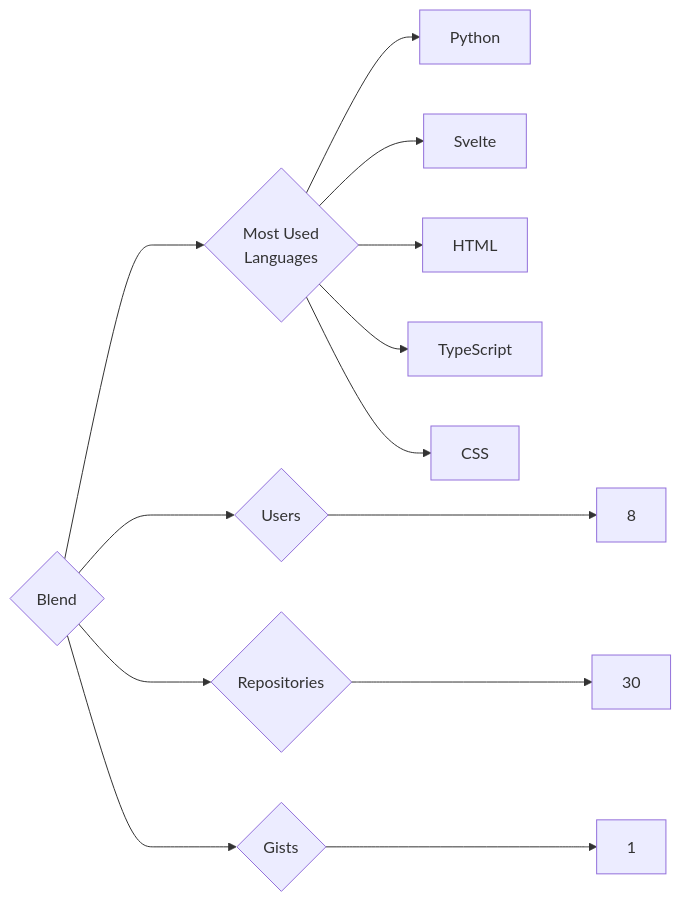
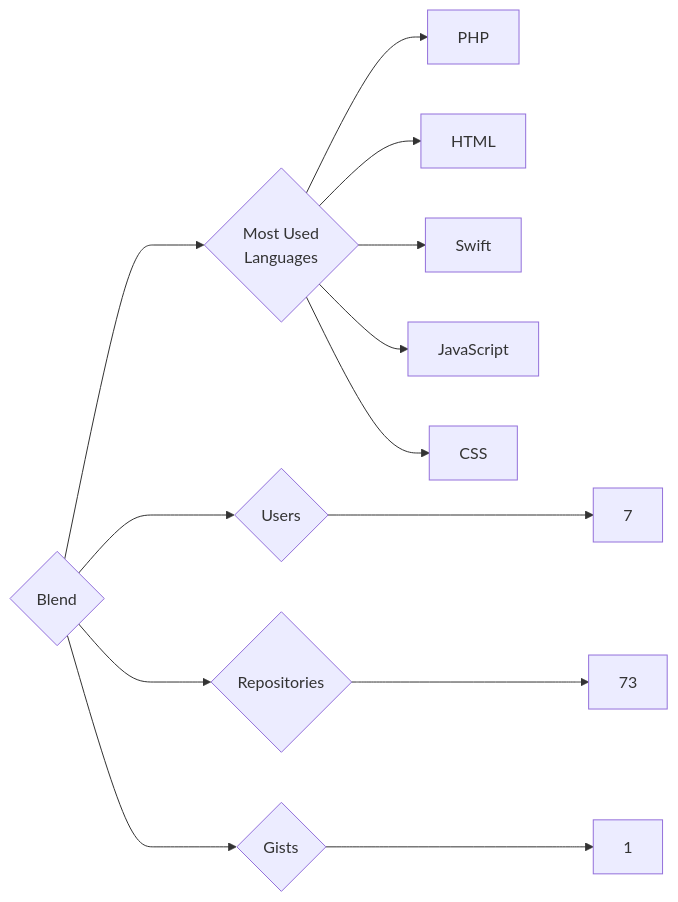
One commit to trickest/insiders changed the diagram in targets/Blend/README.md. Above: the diagram before and after it, drawn with Mermaid. The commit also changed 888 other files, not shown here.

````diff
--- a/targets/Blend/README.md
+++ b/targets/Blend/README.md
@@ -3,13 +3,13 @@
 ```mermaid
 graph LR
 COMPANY_NAME{Blend}
-COMPANY_NAME ---> U{Users} ---> UN[8]
-COMPANY_NAME ---> R{Repositories} ---> RN[30]
+COMPANY_NAME ---> U{Users} ---> UN[7]
+COMPANY_NAME ---> R{Repositories} ---> RN[73]
 COMPANY_NAME ---> G{Gists} ---> GN[1]
 COMPANY_NAME ---> ML{Most Used<br>Languages}
-ML --> Python[Python]
-ML --> Svelte[Svelte]
+ML --> PHP[PHP]
 ML --> HTML[HTML]
-ML --> TypeScript[TypeScript]
+ML --> Swift[Swift]
+ML --> JavaScript[JavaScript]
 ML --> CSS[CSS]
 ```
````
